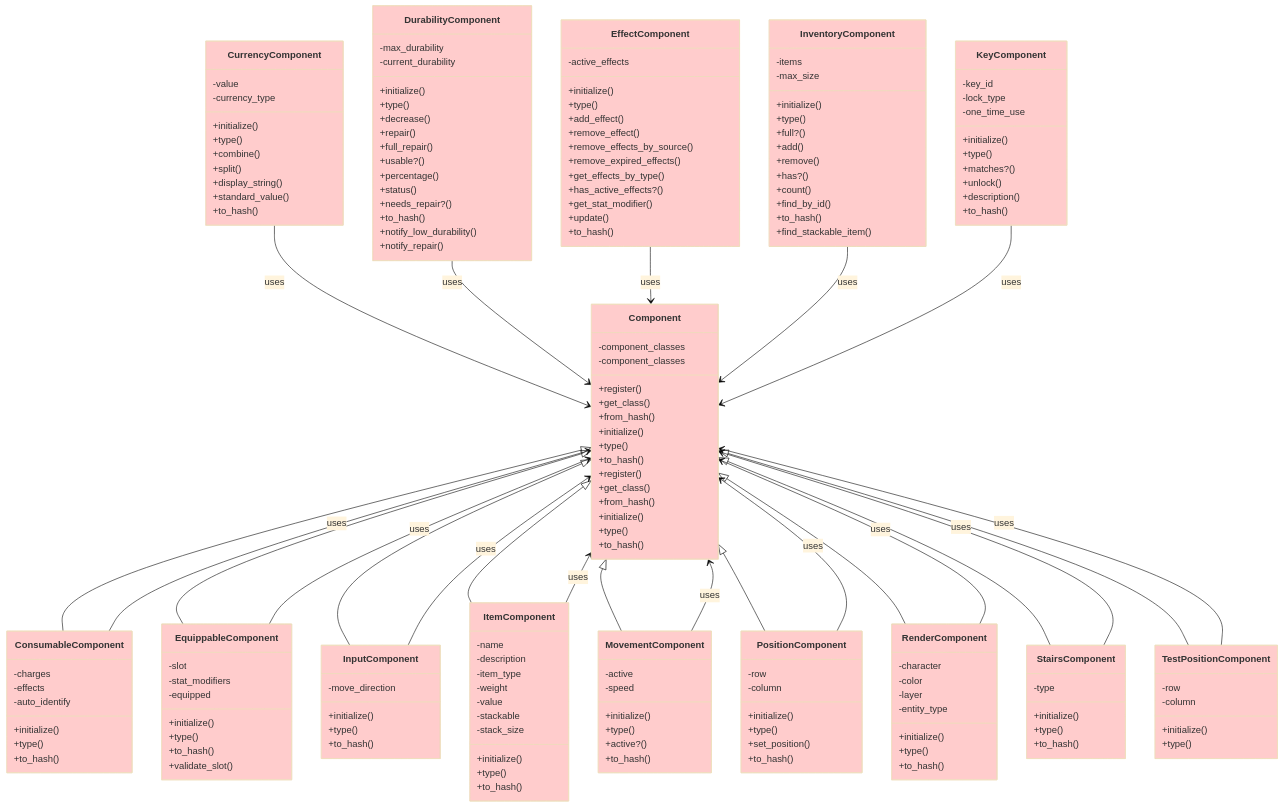
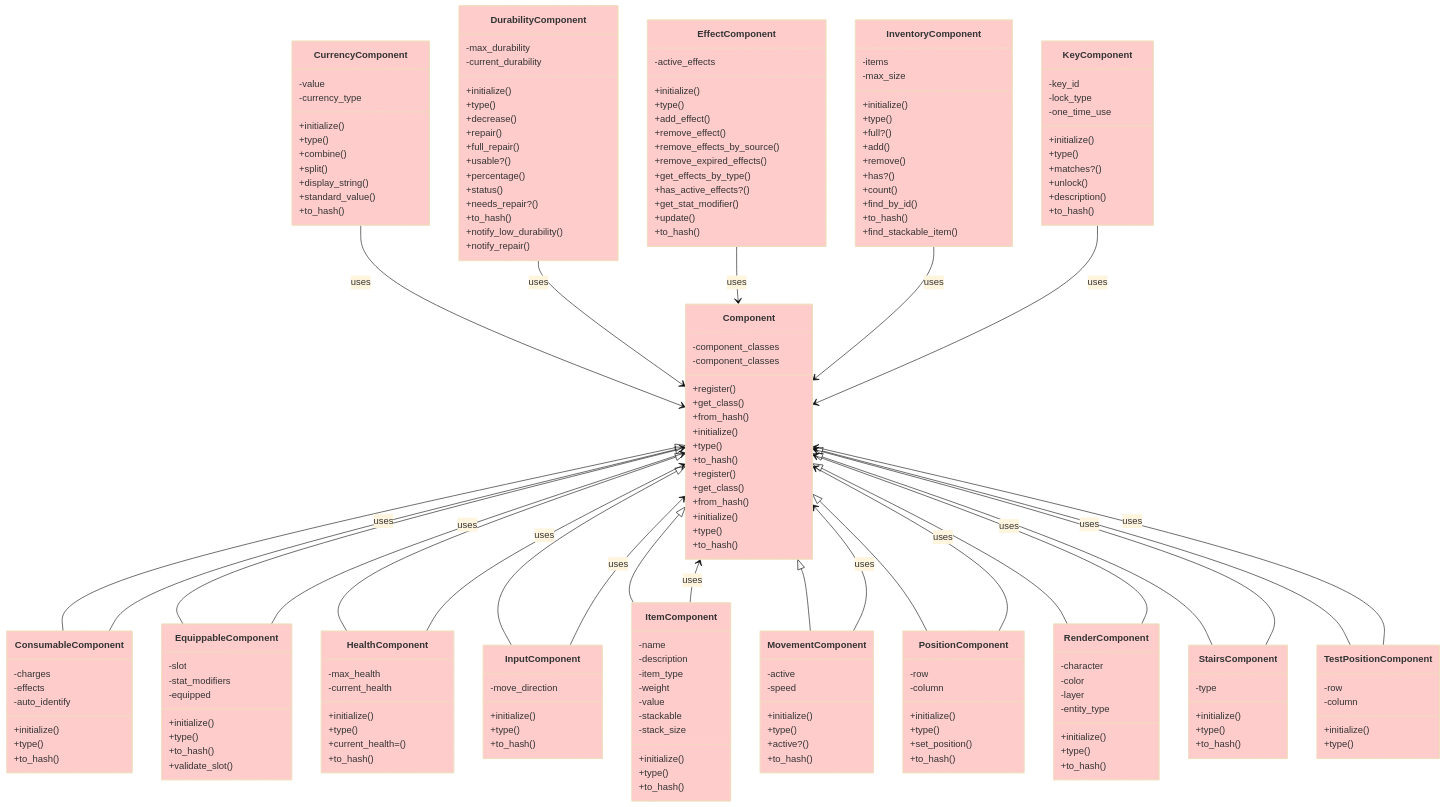
The diagram in documents/diagrams/components.mmd (Davidslv/vanilla-roguelike), drawn with Mermaid (base theme) before and after one commit. The commit also changed 2 other files, not shown here.

Commit message:
Diagrams

```diff
--- a/documents/diagrams/components.mmd
+++ b/documents/diagrams/components.mmd
@@ -86,6 +86,16 @@
     }
     Component <|-- EquippableComponent
     style EquippableComponent fill:#ffcccc
+    class HealthComponent {
+      -max_health
+      -current_health
+      +initialize()
+      +type()
+      +current_health=()
+      +to_hash()
+    }
+    Component <|-- HealthComponent
+    style HealthComponent fill:#ffcccc
     class InputComponent {
       -move_direction
       +initialize()
@@ -189,6 +199,7 @@
   DurabilityComponent --> Component : uses
   EffectComponent --> Component : uses
   EquippableComponent --> Component : uses
+  HealthComponent --> Component : uses
   InputComponent --> Component : uses
   InventoryComponent --> Component : uses
   ItemComponent --> Component : uses
```
